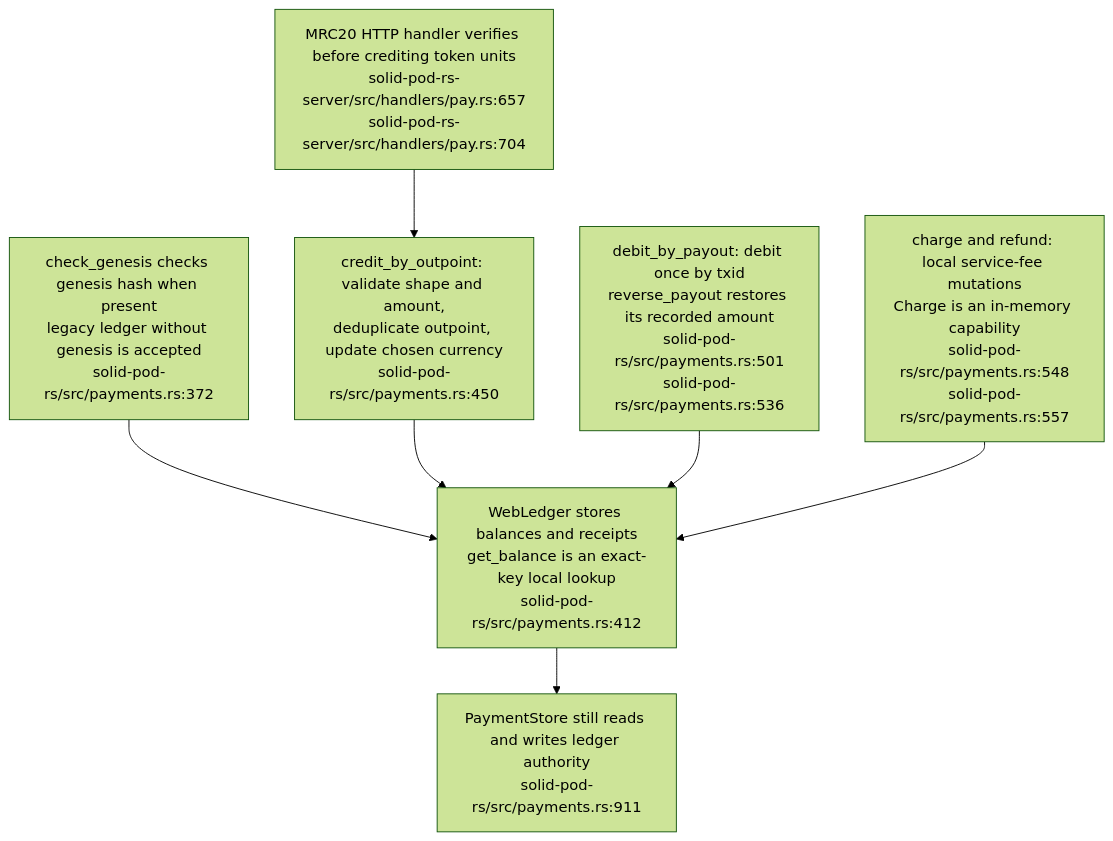
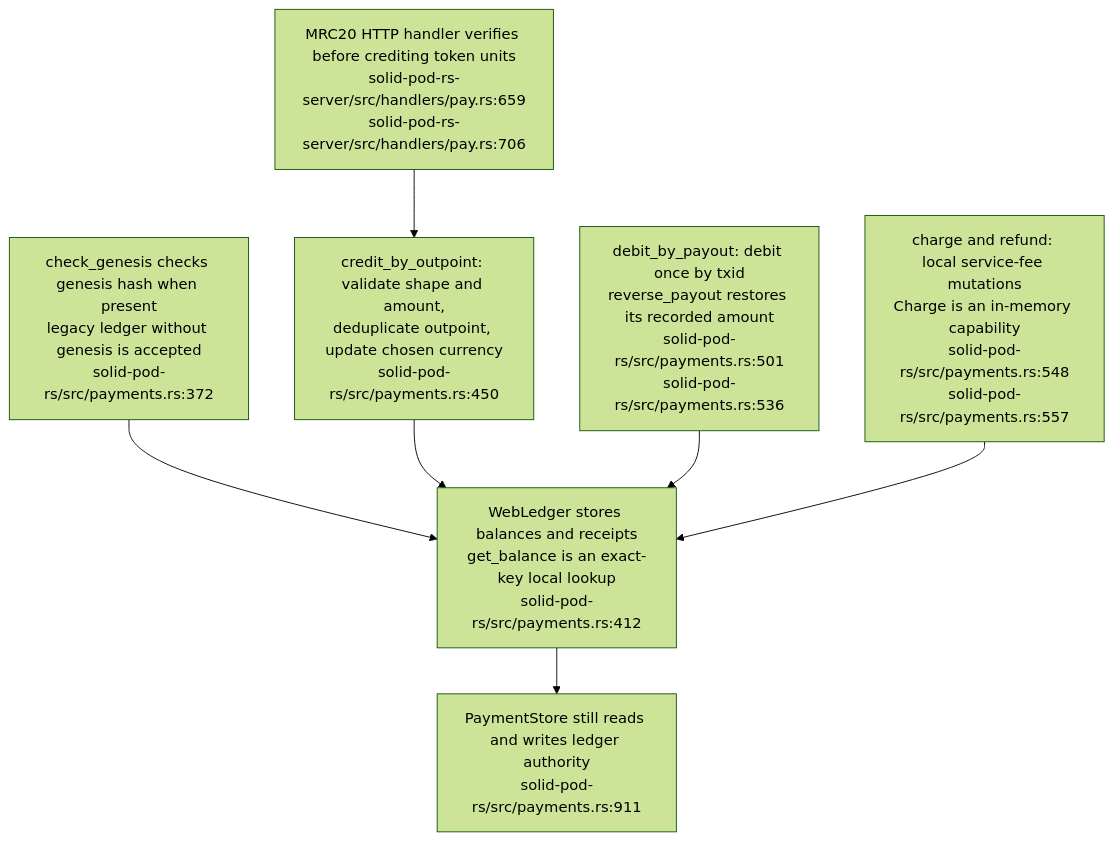
Before and after one commit to DreamLab-AI/VisionFlow: diagram 12 of 19 in docs/diagrams/solid-pod-rs/07-provenance-and-payments.md, drawn with Mermaid (forest theme). The commit also changed other lines of this file and 2 other files, not shown here.

First line of the commit message:
docs(diagrams): SP-07, SP-10, SP-15 re-verified at solid-pod-rs a28a748

````diff
--- a/docs/diagrams/solid-pod-rs/07-provenance-and-payments.md
+++ b/docs/diagrams/solid-pod-rs/07-provenance-and-payments.md
@@ -348,15 +350,15 @@
 ```mermaid
 flowchart TD
     LEDGER["WebLedger stores balances and receipts<br/>get_balance is an exact-key local lookup<br/>solid-pod-rs/src/payments.rs:412"]
     ID["check_genesis checks genesis hash when present<br/>legacy ledger without genesis is accepted<br/>solid-pod-rs/src/payments.rs:372"]
     CREDIT["credit_by_outpoint: validate shape and amount,<br/>deduplicate outpoint, update chosen currency<br/>solid-pod-rs/src/payments.rs:450"]
     PAYOUT["debit_by_payout: debit once by txid<br/>reverse_payout restores its recorded amount<br/>solid-pod-rs/src/payments.rs:501<br/>solid-pod-rs/src/payments.rs:536"]
     CHARGE["charge and refund: local service-fee mutations<br/>Charge is an in-memory capability<br/>solid-pod-rs/src/payments.rs:548<br/>solid-pod-rs/src/payments.rs:557"]
     STORE["PaymentStore still reads and writes ledger authority<br/>solid-pod-rs/src/payments.rs:911"]
-    VERIFY["MRC20 HTTP handler verifies before crediting token units<br/>solid-pod-rs-server/src/handlers/pay.rs:657<br/>solid-pod-rs-server/src/handlers/pay.rs:704"]
+    VERIFY["MRC20 HTTP handler verifies before crediting token units<br/>solid-pod-rs-server/src/handlers/pay.rs:659<br/>solid-pod-rs-server/src/handlers/pay.rs:706"]
     ID --> LEDGER
     VERIFY --> CREDIT --> LEDGER
     PAYOUT --> LEDGER
     CHARGE --> LEDGER
     LEDGER --> STORE
 ```
````
